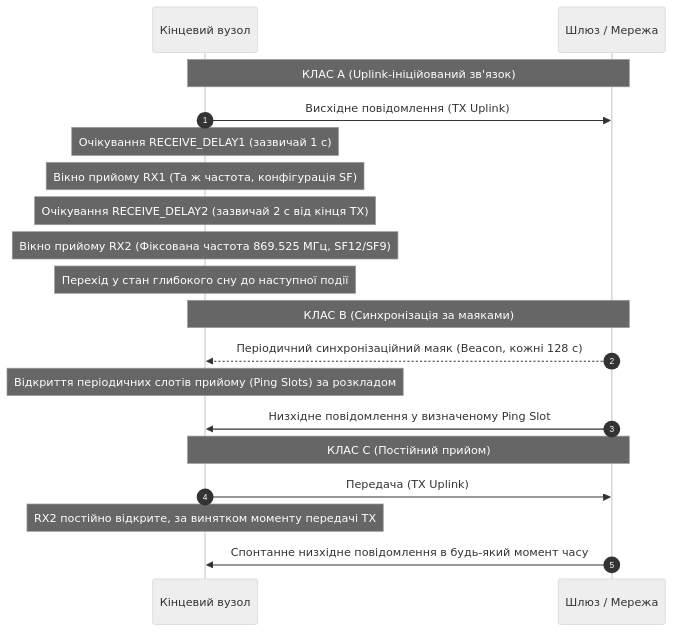
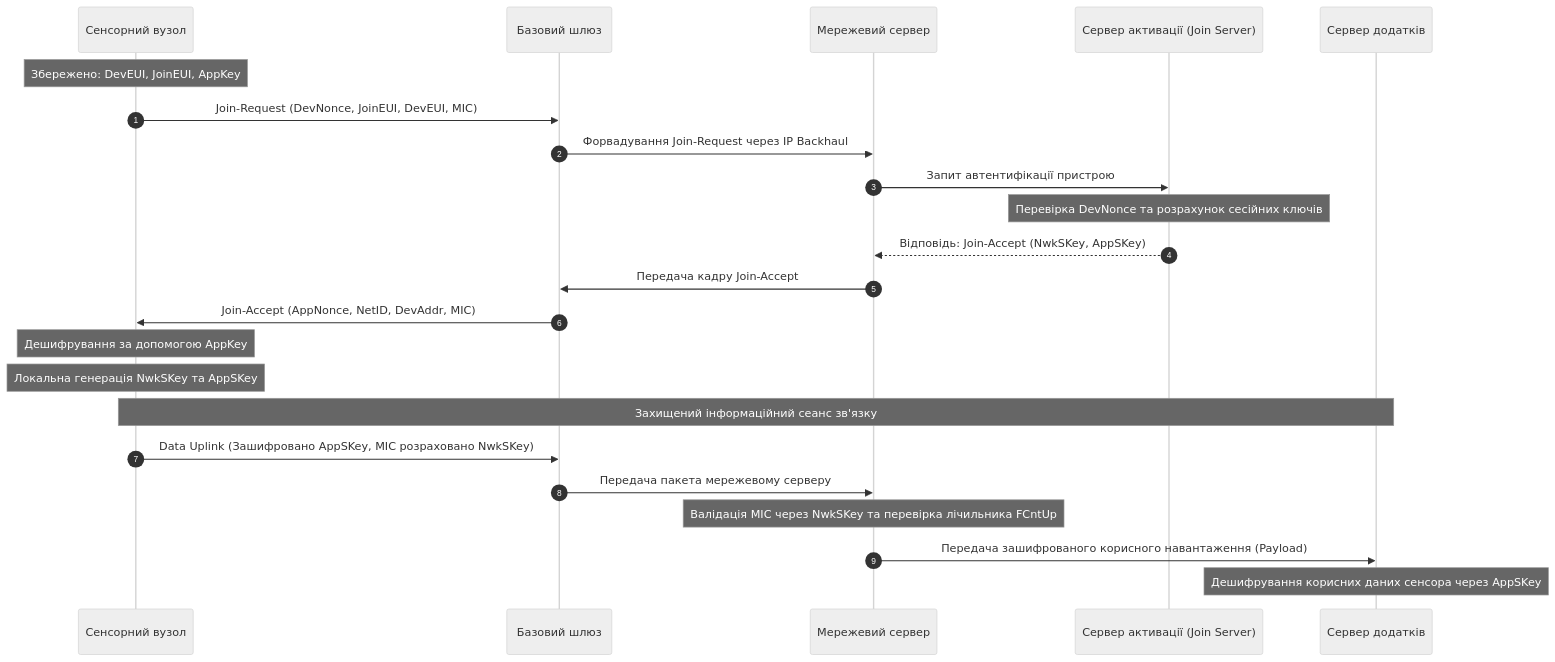
One commit to KyryloVadurin/iot-technologies changed the third of 4 diagrams in docs/lk/lk3.md. Above: the diagram before and after it, drawn with Mermaid (neutral theme). The commit also changed other lines of this file, not shown here.

````diff
--- a/docs/lk/lk3.md
+++ b/docs/lk/lk3.md
@@ -112,24 +337,27 @@
 ```mermaid
 sequenceDiagram
     autonumber
-    participant Node as Кінцевий вузол
-    participant GW as Шлюз / Мережа
+    participant Node as Сенсорний вузол
+    participant GW as Базовий шлюз
+    participant NS as Мережевий сервер
+    participant JS as Сервер активації (Join Server)
+    participant AS as Сервер додатків
 
-    Note over Node,GW: КЛАС A (Uplink-ініційований зв'язок)
-    Node->>GW: Висхідне повідомлення (TX Uplink)
-    Note over Node: Очікування RECEIVE_DELAY1 (зазвичай 1 с)
-    Note over Node: Вікно прийому RX1 (Та ж частота, конфігурація SF)
-    Note over Node: Очікування RECEIVE_DELAY2 (зазвичай 2 с від кінця TX)
-    Note over Node: Вікно прийому RX2 (Фіксована частота 869.525 МГц, SF12/SF9)
-    Note over Node: Перехід у стан глибокого сну до наступної події
-
-    Note over Node,GW: КЛАС B (Синхронізація за маяками)
-    GW-->>Node: Періодичний синхронізаційний маяк (Beacon, кожні 128 с)
-    Note over Node: Відкриття періодичних слотів прийому (Ping Slots) за розкладом
-    GW->>Node: Низхідне повідомлення у визначеному Ping Slot
-
-    Note over Node,GW: КЛАС C (Постійний прийом)
-    Node->>GW: Передача (TX Uplink)
-    Note over Node: RX2 постійно відкрите, за винятком моменту передачі TX
-    GW->>Node: Спонтанне низхідне повідомлення в будь-який момент часу
+    Note over Node: Збережено: DevEUI, JoinEUI, AppKey
+    Node->>GW: Join-Request (DevNonce, JoinEUI, DevEUI, MIC)
+    GW->>NS: Форвадування Join-Request через IP Backhaul
+    NS->>JS: Запит автентифікації пристрою
+    Note over JS: Перевірка DevNonce та розрахунок сесійних ключів
+    JS-->>NS: Відповідь: Join-Accept (NwkSKey, AppSKey)
+    NS->>GW: Передача кадру Join-Accept
+    GW->>Node: Join-Accept (AppNonce, NetID, DevAddr, MIC)
+    Note over Node: Дешифрування за допомогою AppKey
+    Note over Node: Локальна генерація NwkSKey та AppSKey
+    
+    Note over Node,AS: Захищений інформаційний сеанс зв'язку
+    Node->>GW: Data Uplink (Зашифровано AppSKey, MIC розраховано NwkSKey)
+    GW->>NS: Передача пакета мережевому серверу
+    Note over NS: Валідація MIC через NwkSKey та перевірка лічильника FCntUp
+    NS->>AS: Передача зашифрованого корисного навантаження (Payload)
+    Note over AS: Дешифрування корисних даних сенсора через AppSKey
 ```
````
